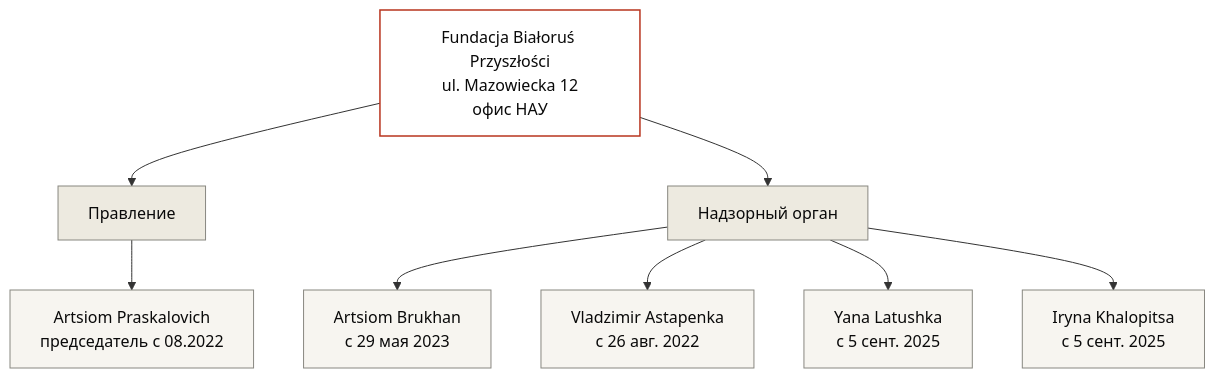
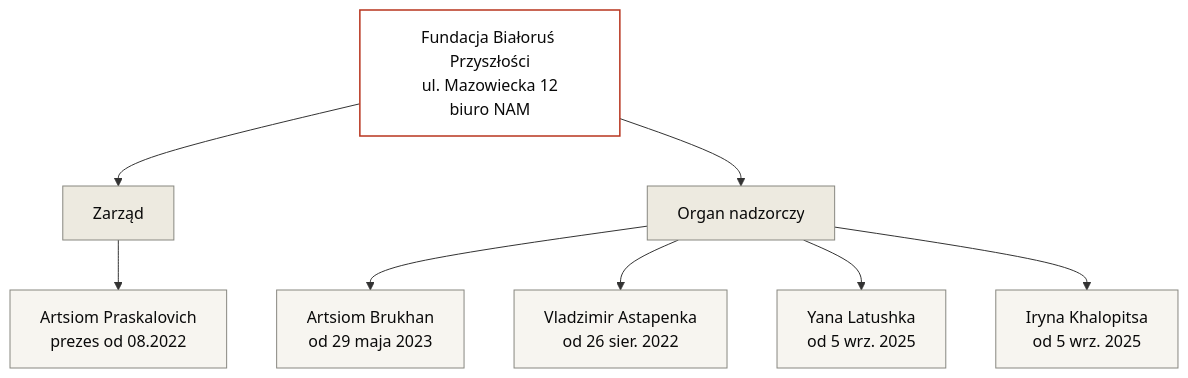
The diagram in docs/pl/organizations/bialorus-przyszlosci.md (belarustransparency/belarus-transparency), drawn with Mermaid before and after one commit. The commit also changed other lines of this file, not shown here.

````diff
--- a/docs/pl/organizations/bialorus-przyszlosci.md
+++ b/docs/pl/organizations/bialorus-przyszlosci.md
@@ -142,27 +142,27 @@
 ```mermaid
 graph TD
-    ORG["Fundacja Białoruś Przyszłości<br/>ul. Mazowiecka 12<br/>офис НАУ"]
-    MGMT["Правление"]
-    OVS["Надзорный орган"]
-    PRES["Artsiom Praskalovich<br/>председатель с 08.2022"]
-    OV1["Artsiom Brukhan<br/>с 29 мая 2023"]
-    OV2["Vladzimir Astapenka<br/>с 26 авг. 2022"]
-    OV3["Yana Latushka<br/>с 5 сент. 2025"]
-    OV4["Iryna Khalopitsa<br/>с 5 сент. 2025"]
+    ORG["Fundacja Białoruś Przyszłości<br/>ul. Mazowiecka 12<br/>biuro NAM"]
+    MGMT["Zarząd"]
+    OVS["Organ nadzorczy"]
+    PRES["Artsiom Praskalovich<br/>prezes od 08.2022"]
+    OV1["Artsiom Brukhan<br/>od 29 maja 2023"]
+    OV2["Vladzimir Astapenka<br/>od 26 sier. 2022"]
+    OV3["Yana Latushka<br/>od 5 wrz. 2025"]
+    OV4["Iryna Khalopitsa<br/>od 5 wrz. 2025"]
 
     ORG --> MGMT
     ORG --> OVS
     MGMT --> PRES
     OVS --> OV1
     OVS --> OV2
     OVS --> OV3
     OVS --> OV4
 
     classDef org fill:#FFFFFF,stroke:#B8341E,stroke-width:1.5px,color:#0A0A0A;
     classDef unit fill:#EDEAE0,stroke:#888780,stroke-width:1px,color:#0A0A0A;
     classDef person fill:#F7F5F0,stroke:#888780,stroke-width:1px,color:#0A0A0A;
 
     class ORG org;
     class MGMT,OVS unit;
     class PRES,OV1,OV2,OV3,OV4 person;
 ```
````
